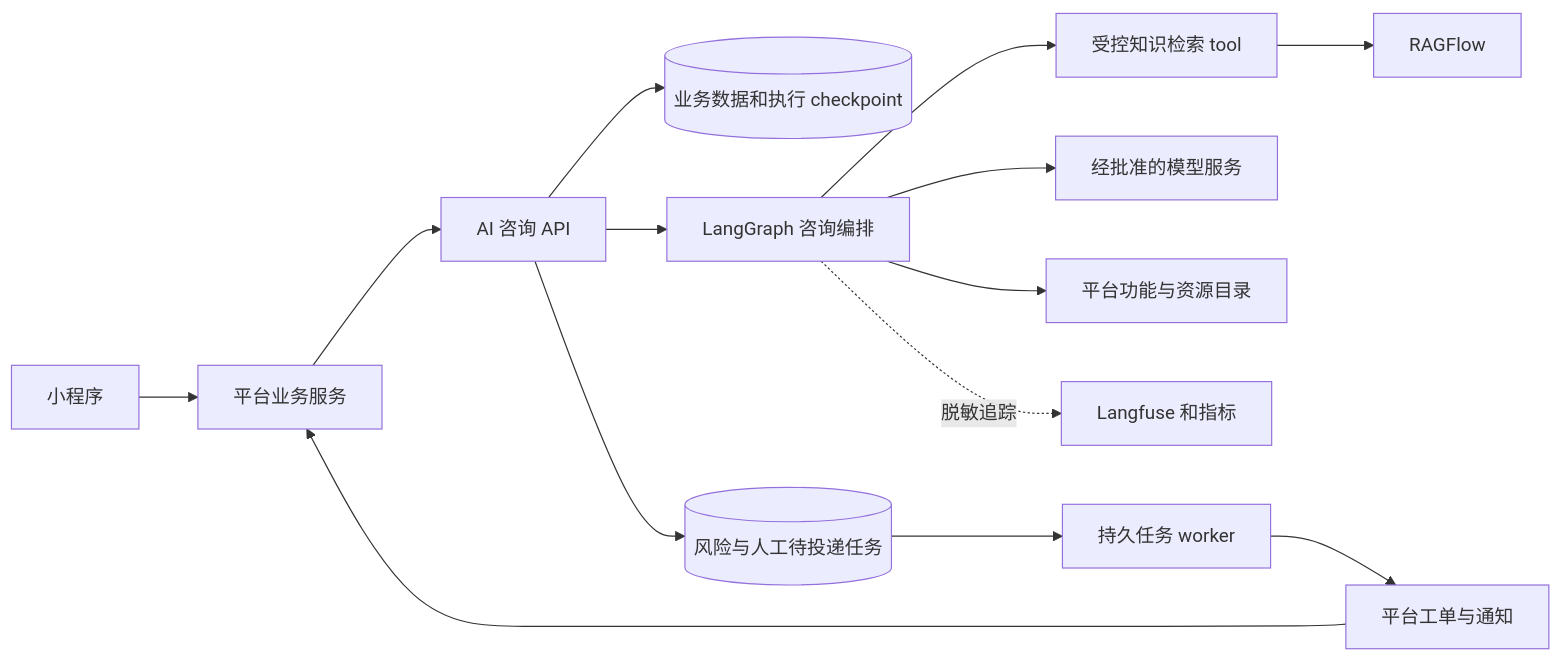
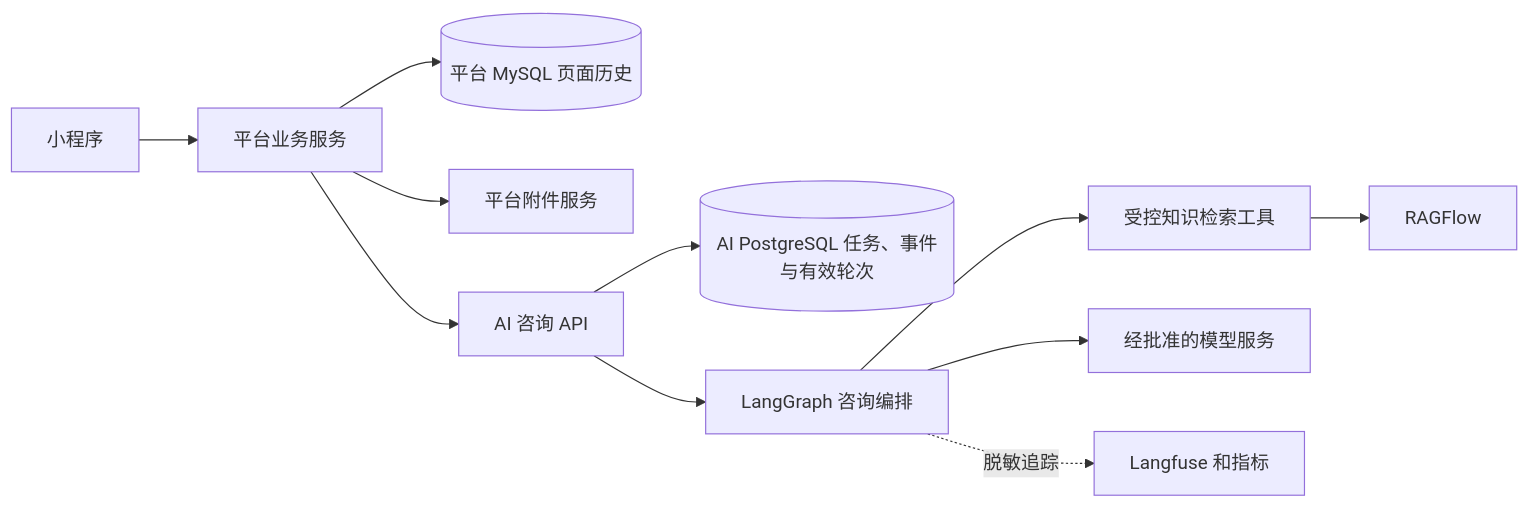
One commit to SongHY-13/fastapi-langgraph-agent-production-ready-template changed the diagram in docs/zh-CN/03-ai-consultation-design.md. Above: the diagram before and after it, drawn with Mermaid. The commit also changed other lines of this file and 45 other files, not shown here.

````diff
--- a/docs/zh-CN/03-ai-consultation-design.md
+++ b/docs/zh-CN/03-ai-consultation-design.md
@@ -21,16 +20,13 @@
 ```mermaid
 flowchart LR
     MINI[小程序] --> BFF[平台业务服务]
+    BFF --> DB[(平台 MySQL 页面历史)]
+    BFF --> FILE[平台附件服务]
     BFF --> API[AI 咨询 API]
-    API --> STORE[(业务数据和执行 checkpoint)]
+    API --> STATE[(AI PostgreSQL 任务、事件与有效轮次)]
     API --> GRAPH[LangGraph 咨询编排]
-    GRAPH --> RET[受控知识检索 tool]
+    GRAPH --> RET[受控知识检索工具]
     RET --> RAG[RAGFlow]
     GRAPH --> MODEL[经批准的模型服务]
-    GRAPH --> CATALOG[平台功能与资源目录]
-    API --> OUTBOX[(风险与人工待投递任务)]
-    OUTBOX --> WORKER[持久任务 worker]
-    WORKER --> PLATFORM[平台工单与通知]
-    PLATFORM --> BFF
     GRAPH -.脱敏追踪.-> OBS[Langfuse 和指标]
 ```
````
